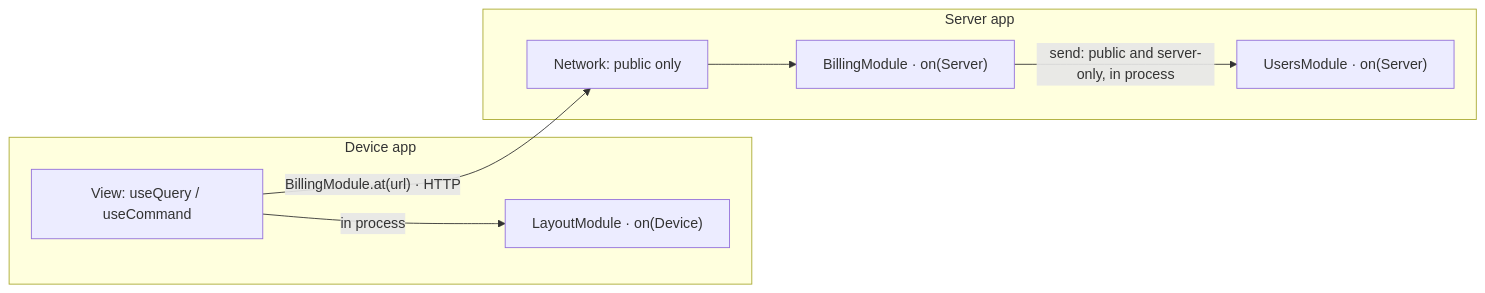
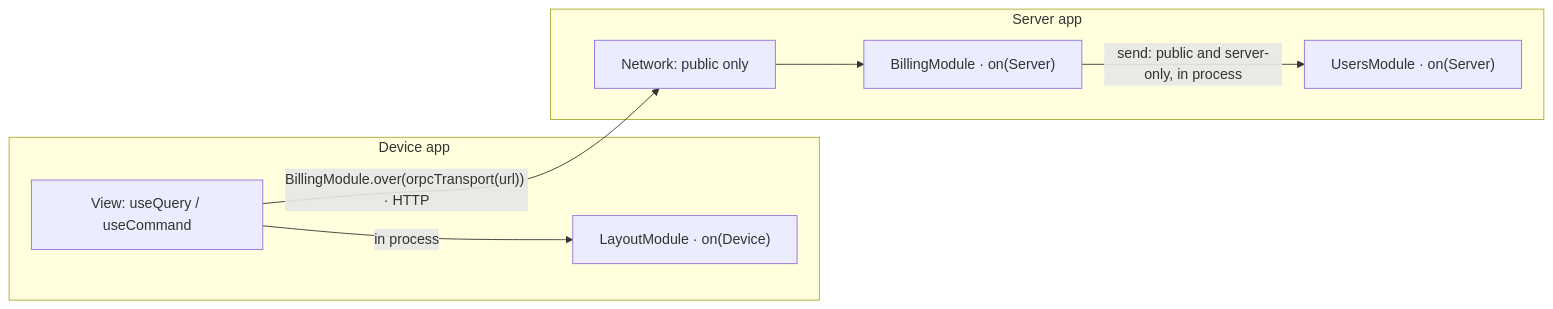
Before and after one commit to sumilabshq/sumi: the second of 3 diagrams in docs/architecture/README.md, drawn with Mermaid. The commit also changed other lines of this file and 21 other files, not shown here.

````diff
--- a/docs/architecture/README.md
+++ b/docs/architecture/README.md
@@ -67,16 +70,16 @@
 ```mermaid
 flowchart LR
 	subgraph device["Device app"]
 		view["View: useQuery / useCommand"]
 		layout["LayoutModule · on(Device)"]
 	end
 	subgraph api["Server app"]
 		wire["Network: public only"]
 		billing["BillingModule · on(Server)"]
 		users["UsersModule · on(Server)"]
 	end
 	view -->|in process| layout
-	view -->|"BillingModule.at(url) · HTTP"| wire
+	view -->|"BillingModule.over(orpcTransport(url)) · HTTP"| wire
 	wire --> billing
 	billing -->|"send: public and server-only, in process"| users
 ```
````
